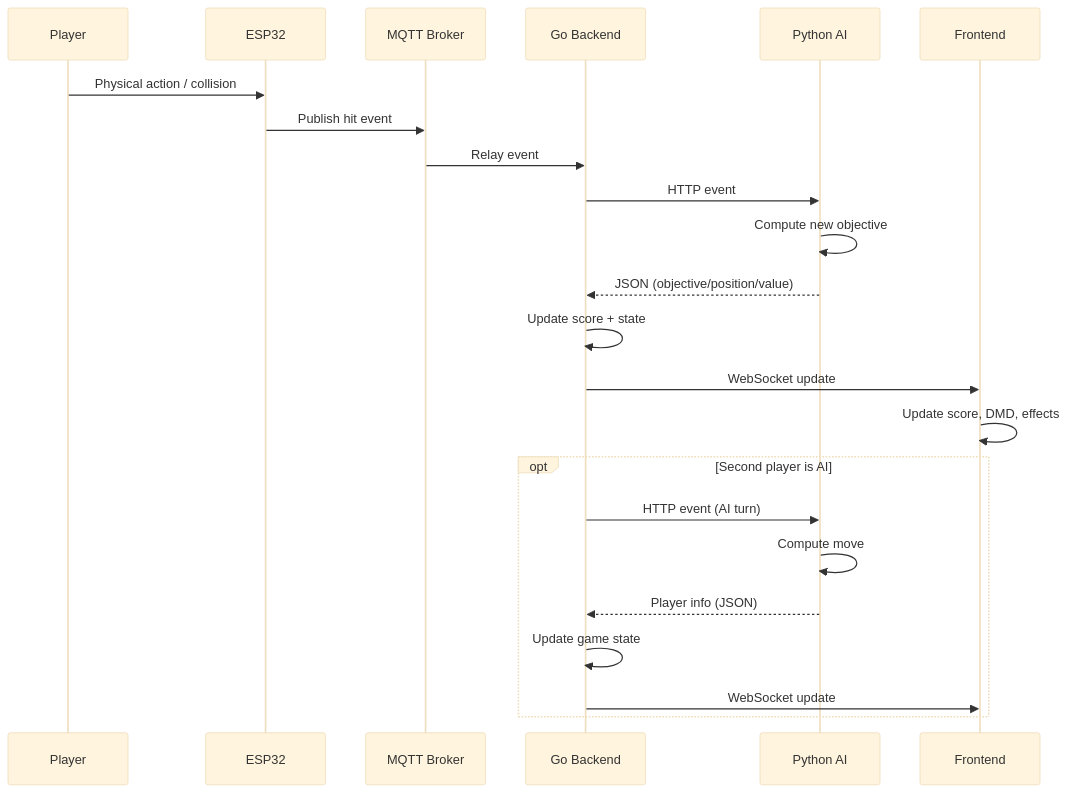
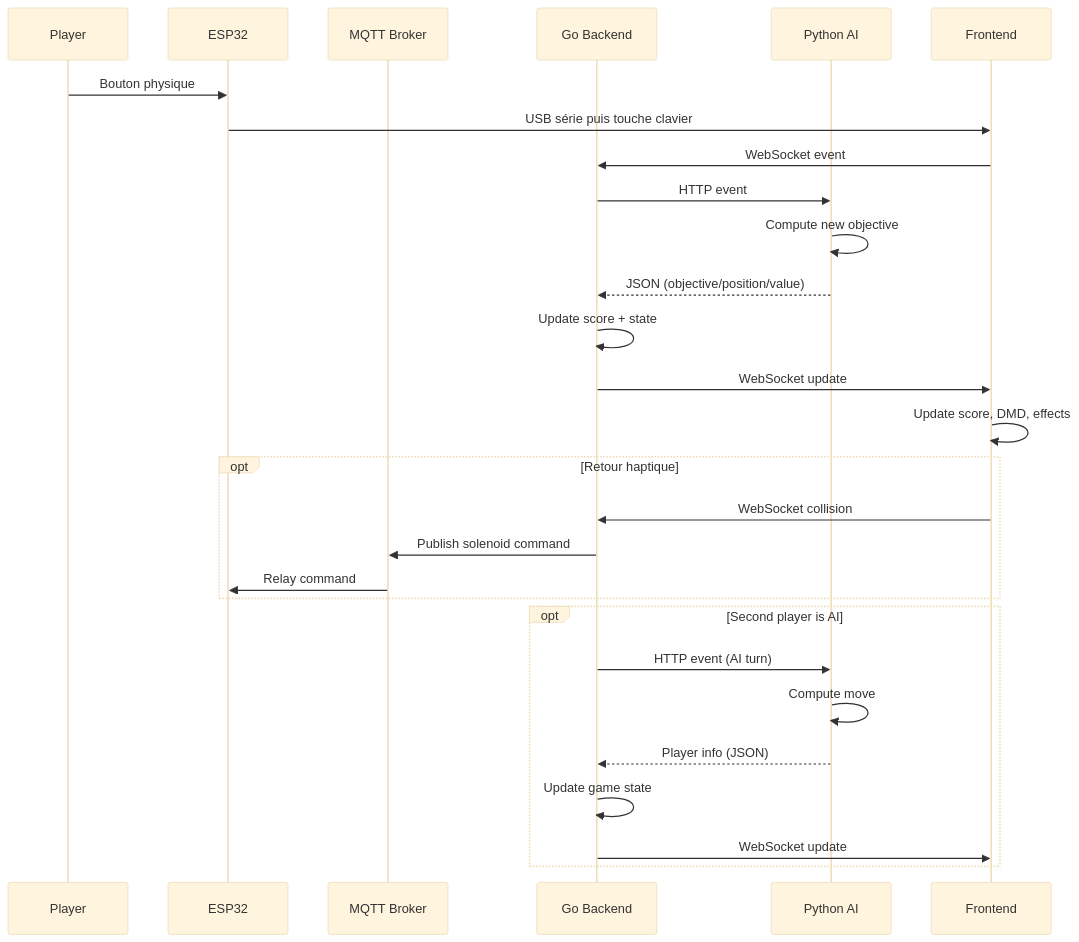
Before and after one commit to AkaTFL/Flipper: the diagram in doc/diagrams/Sequence.md, drawn with Mermaid (base theme). The commit also changed 11 other files, not shown here.

````diff
--- a/doc/diagrams/Sequence.md
+++ b/doc/diagrams/Sequence.md
@@ -1,27 +1,33 @@
 ```mermaid
 sequenceDiagram
   participant Player
   participant ESP32
   participant MQTT as MQTT Broker
   participant Backend as Go Backend
   participant AI as Python AI
   participant Frontend
 
-  Player->>ESP32: Physical action / collision
-  ESP32->>MQTT: Publish hit event
-  MQTT->>Backend: Relay event
+  Player->>ESP32: Bouton physique
+  ESP32->>Frontend: USB série puis touche clavier
+  Frontend->>Backend: WebSocket event
   Backend->>AI: HTTP event
   AI->>AI: Compute new objective
   AI-->>Backend: JSON (objective/position/value)
   Backend->>Backend: Update score + state
   Backend->>Frontend: WebSocket update
   Frontend->>Frontend: Update score, DMD, effects
+
+  opt Retour haptique
+    Frontend->>Backend: WebSocket collision
+    Backend->>MQTT: Publish solenoid command
+    MQTT->>ESP32: Relay command
+  end
 
   opt Second player is AI
     Backend->>AI: HTTP event (AI turn)
     AI->>AI: Compute move
     AI-->>Backend: Player info (JSON)
     Backend->>Backend: Update game state
     Backend->>Frontend: WebSocket update
   end
 ```
````
